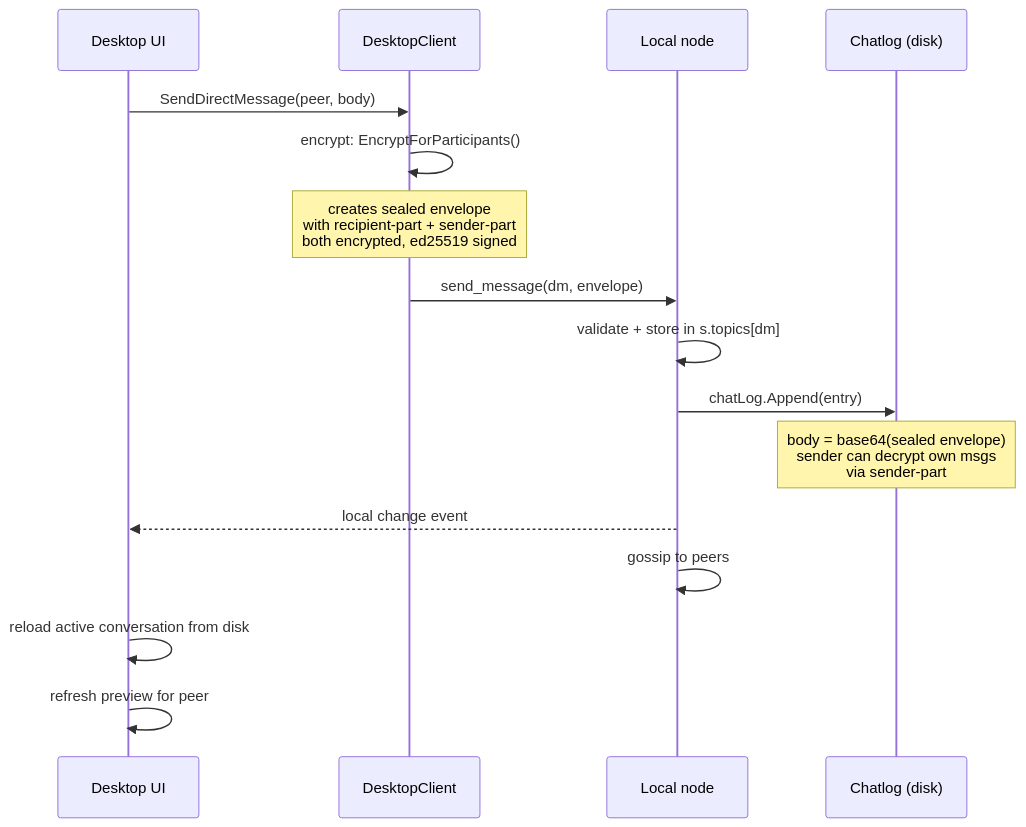
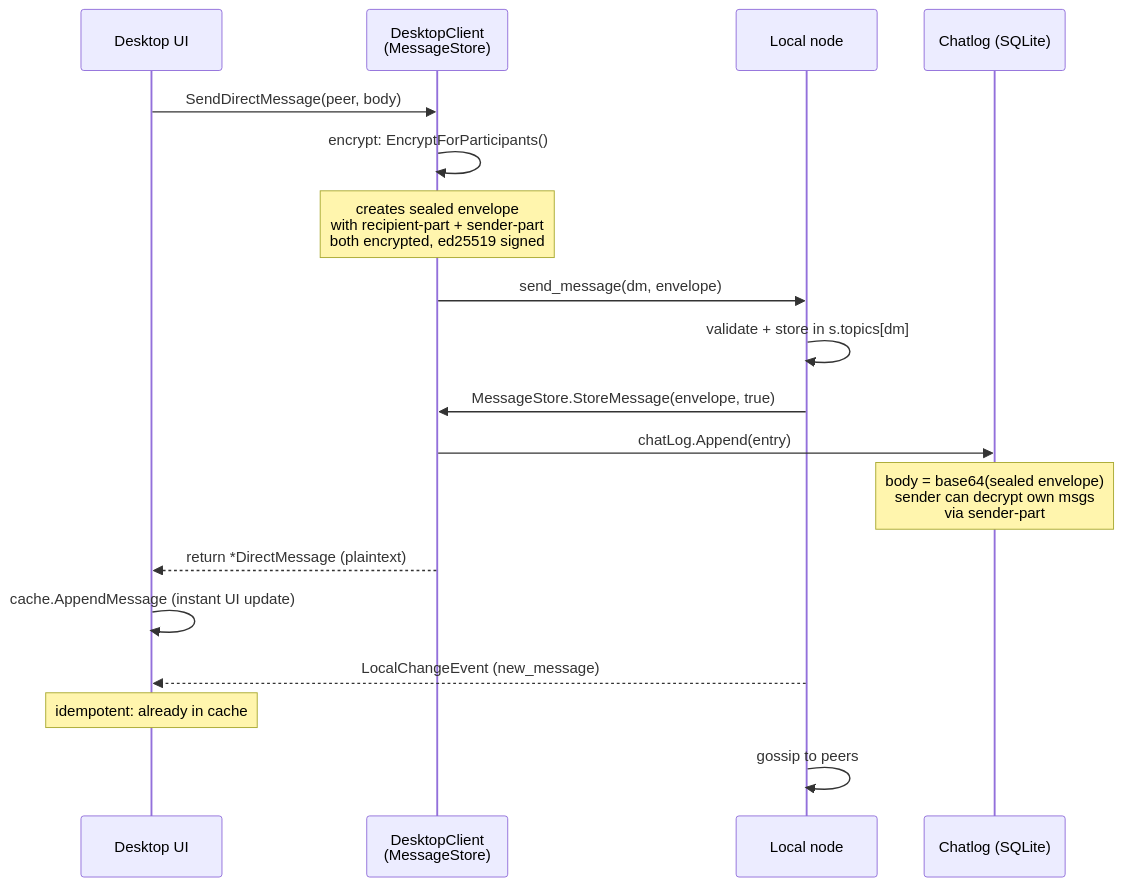
The fourth of 16 diagrams in docs/chatlog.md (piratecash/corsa), drawn with Mermaid before and after one commit. The commit also changed other lines of this file and 35 other files, not shown here.

First line of the commit message:
feat(service): extract DMRouter, migrate chatlog to SQLite, add structured logging

````diff
--- a/docs/chatlog.md
+++ b/docs/chatlog.md
@@ -103,19 +115,21 @@
 ```mermaid
 sequenceDiagram
     participant UI as Desktop UI
-    participant SVC as DesktopClient
+    participant SVC as DesktopClient<br/>(MessageStore)
     participant NODE as Local node
-    participant LOG as Chatlog (disk)
+    participant LOG as Chatlog (SQLite)
 
     UI->>SVC: SendDirectMessage(peer, body)
     SVC->>SVC: encrypt: EncryptForParticipants()
     Note over SVC: creates sealed envelope<br/>with recipient-part + sender-part<br/>both encrypted, ed25519 signed
     SVC->>NODE: send_message(dm, envelope)
     NODE->>NODE: validate + store in s.topics[dm]
-    NODE->>LOG: chatLog.Append(entry)
+    NODE->>SVC: MessageStore.StoreMessage(envelope, true)
+    SVC->>LOG: chatLog.Append(entry)
     Note over LOG: body = base64(sealed envelope)<br/>sender can decrypt own msgs<br/>via sender-part
-    NODE-->>UI: local change event
+    SVC-->>UI: return *DirectMessage (plaintext)
+    UI->>UI: cache.AppendMessage (instant UI update)
+    NODE-->>UI: LocalChangeEvent (new_message)
+    Note over UI: idempotent: already in cache
     NODE->>NODE: gossip to peers
-    UI->>UI: reload active conversation from disk
-    UI->>UI: refresh preview for peer
 ```
````
